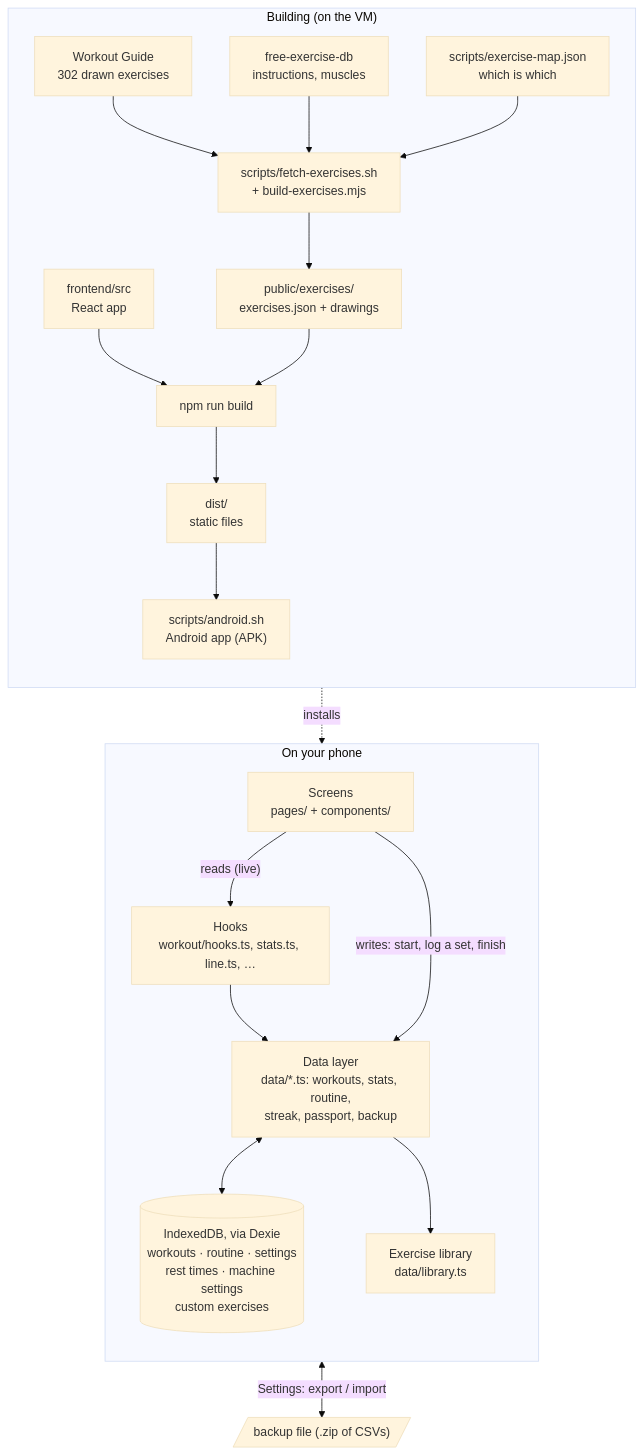
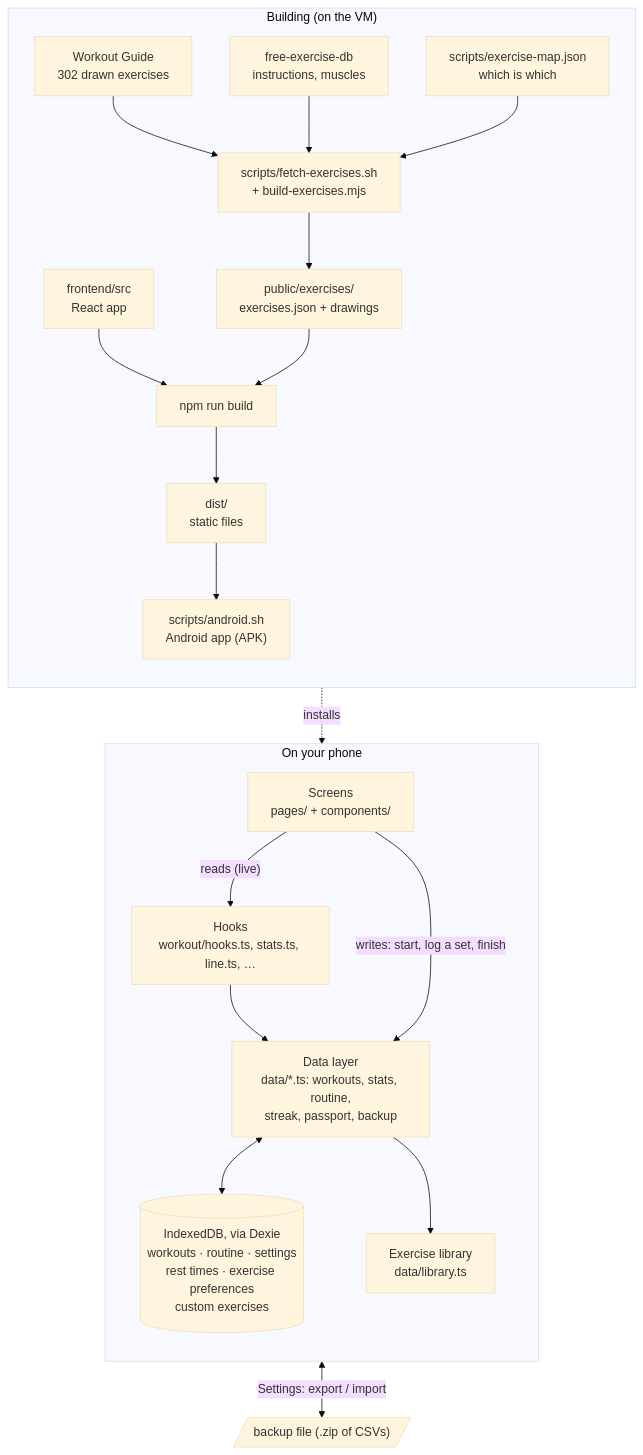
The first of 3 diagrams in docs/how-it-works.md (Wijnandvdm/gains-train), drawn with Mermaid (base theme) before and after one commit. The commit also changed 8 other files, not shown here.

Commit message:
rename machine settings to exercise preferences

````diff
--- a/docs/how-it-works.md
+++ b/docs/how-it-works.md
@@ -11,31 +11,31 @@
 ```mermaid
 flowchart TB
   subgraph build["Building (on the VM)"]
     direction TB
     WG["Workout Guide<br/>302 drawn exercises"] --> BX["scripts/fetch-exercises.sh<br/>+ build-exercises.mjs"]
     FED["free-exercise-db<br/>instructions, muscles"] --> BX
     MAP["scripts/exercise-map.json<br/>which is which"] --> BX
     BX --> LIB["public/exercises/<br/>exercises.json + drawings"]
     SRC["frontend/src<br/>React app"] --> VITE["npm run build"]
     LIB --> VITE
     VITE --> DIST["dist/<br/>static files"]
     DIST --> APK["scripts/android.sh<br/>Android app (APK)"]
   end
 
   subgraph phone["On your phone"]
     direction TB
     UI["Screens<br/>pages/ + components/"]
     HOOKS["Hooks<br/>workout/hooks.ts, stats.ts, line.ts, …"]
     DATA["Data layer<br/>data/*.ts: workouts, stats, routine,<br/>streak, passport, backup"]
-    DB[("IndexedDB, via Dexie<br/>workouts · routine · settings<br/>rest times · machine settings<br/>custom exercises")]
+    DB[("IndexedDB, via Dexie<br/>workouts · routine · settings<br/>rest times · exercise preferences<br/>custom exercises")]
     LIBC["Exercise library<br/>data/library.ts"]
     UI -- "reads (live)" --> HOOKS
     HOOKS --> DATA
     UI -- "writes: start, log a set, finish" --> DATA
     DATA <--> DB
     DATA --> LIBC
   end
 
   APK -. installs .-> phone
   DATA <-- "Settings: export / import" --> BACKUP[/"backup file (.zip of CSVs)"/]
 ```
````
